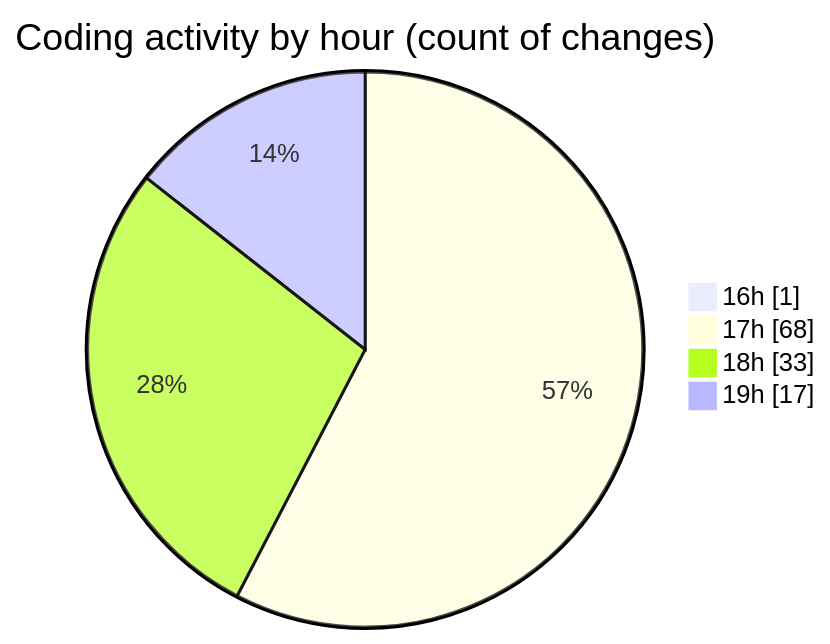
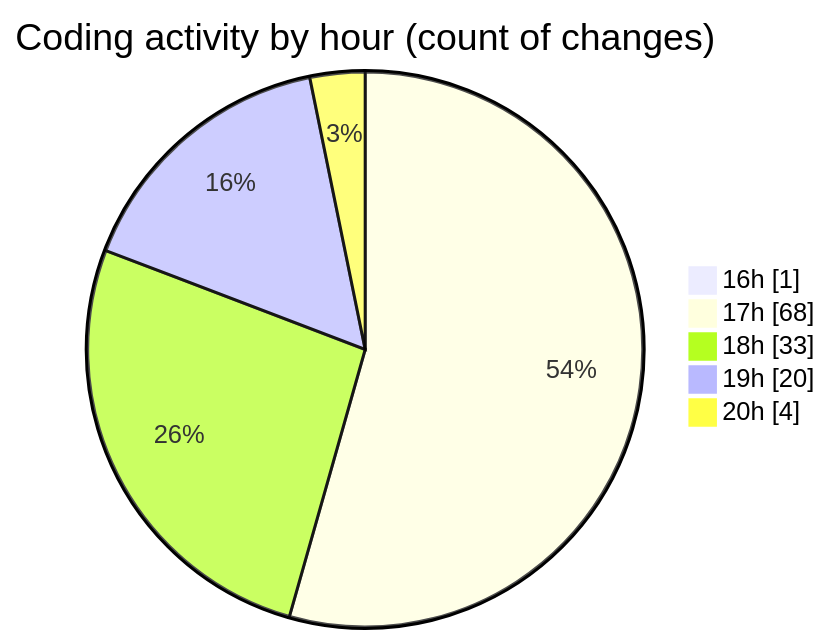
The second of 2 diagrams in 2025-05-27/studio-backend/README.md (idhammustaqopulfikri/code-tracking), drawn with Mermaid before and after one commit. The commit also changed other lines of this file and 1 other file, not shown here.

````diff
--- a/2025-05-27/studio-backend/README.md
+++ b/2025-05-27/studio-backend/README.md
@@ -64,8 +64,9 @@
 ```mermaid
 pie showData
 title Coding activity by hour (count of changes)
 "16h" : 1
 "17h" : 68
 "18h" : 33
-"19h" : 17
+"19h" : 20
+"20h" : 4
 ```
````
